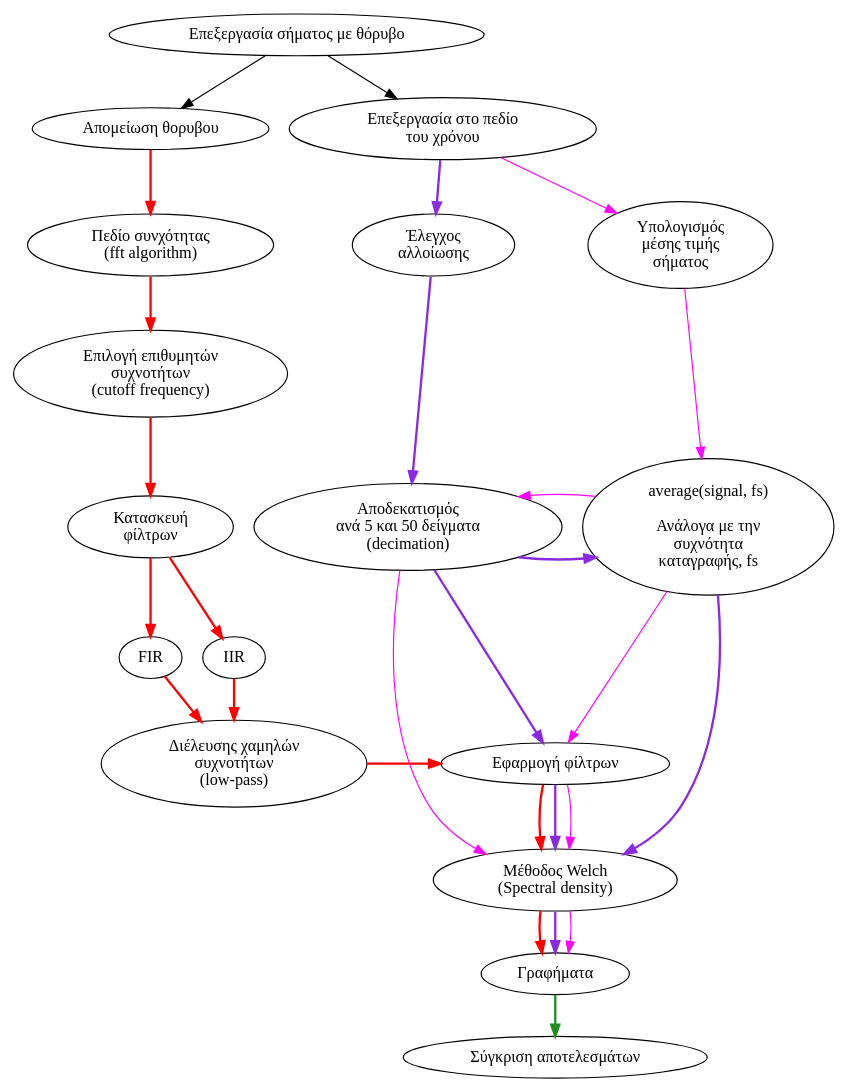
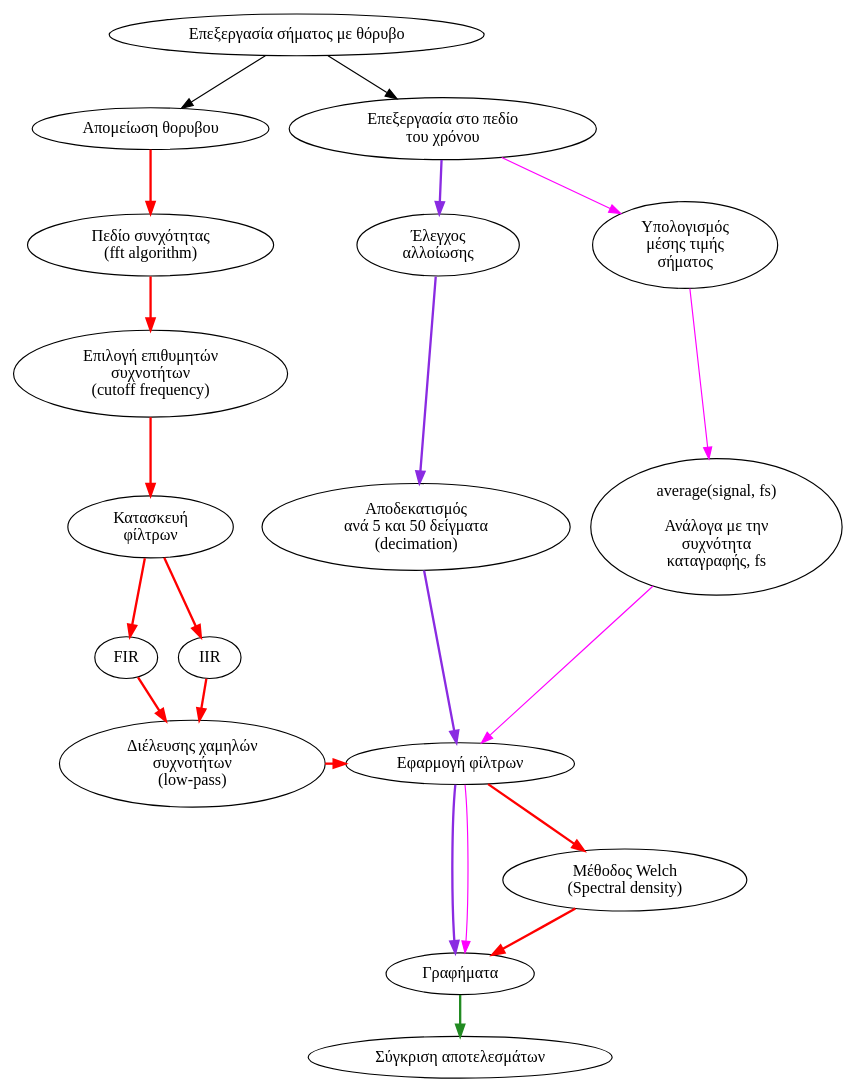
One commit to hmu-mech-npap/diss.tn.doc changed the second of 2 diagrams in diss-docs/main_doc/main_doc.org. Above: the diagram before and after it, drawn with Graphviz. The commit also changed 3 other files, not shown here.

Commit message:
change flowchart for processing methods to be more clear

```diff
--- a/diss-docs/main_doc/main_doc.org
+++ b/diss-docs/main_doc/main_doc.org
@@ -1349,63 +1349,63 @@
 #+begin_src dot :file ./flowcharts/proc-meth.png :results file :exports results :session dot
 
 digraph processing {
     // root of operations
     root [label="Επεξεργασία σήματος με θόρυβο" ]
     filt [label="Απομείωση θορυβου"]
     aliasing [label="Έλεγχος \n αλλοίωσης"]
     averg [label="Υπολογισμός \n μέσης τιμής \n σήματος"]
 
     // filter related
     fir [label="FIR"]
     iir [label="IIR"]
     apply [label="Εφαρμογή φίλτρων"]
     filterconst [label="Κατασκευή \n φίλτρων"]
     filt_type [label="Διέλευσης χαμηλών \n συχνοτήτων \n (low-pass)"]
 
     // aliasing
     decimop [label="Αποδεκατισμός \n ανά 5 και 50 δείγματα \n (decimation)"]
     timedom [label="Επεξεργασία στο πεδίο \n του χρόνου"]
 
     //general bubbles
     graphs [label="Γραφήματα"]
     fftmethod [label= "Πεδίο συνχότητας \n (fft algorithm)" ]
     choosfilt [label="Επιλογή επιθυμητών \n συχνοτήτων \n(cutoff frequency)"]
     results [label="Σύγκριση αποτελεσμάτων"]
     avrged [label="average(signal, fs) \n \n Ανάλογα με την \n συχνότητα \n καταγραφής, fs"]
     welch [label="Μέθοδος Welch \n (Spectral density)"]
 
     {rank=same; apply filt_type }
     {rank=same; filt timedom }
     {rank=same; fftmethod aliasing averg}
     {rank=same; decimop filterconst avrged}
 
     // start the graph at last 🫠
     root -> {filt timedom}
 
     // filtering path
     filt ->
     fftmethod ->
     choosfilt ->
     filterconst -> {fir iir} ->
     filt_type ->
     apply ->
     welch ->
     graphs [style=bold, color=red]
 
     // aliasing path
     timedom ->
     aliasing ->
-    decimop -> {apply avrged} ->
-    welch ->
+    decimop ->
+    apply ->
     graphs[color=blueviolet , style=bold]
 
     // aliasing path
     timedom ->
     averg ->
-    avrged -> {decimop apply} ->
-    welch ->
+    avrged ->
+    apply ->
     graphs [color=magenta]
 
     graphs -> results [color=forestgreen, style=bold]
 }
 #+end_src
```
